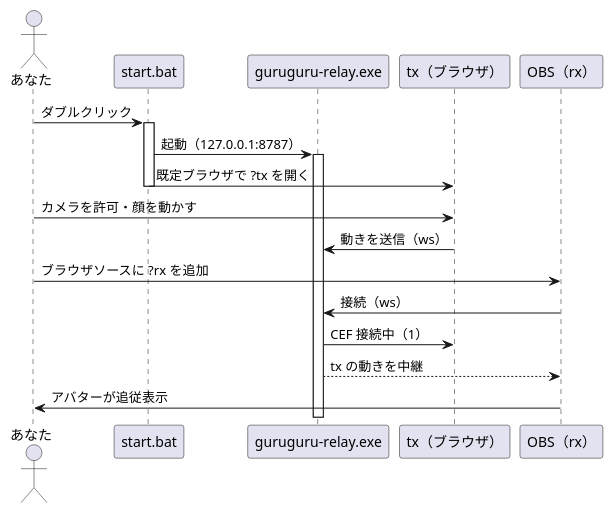
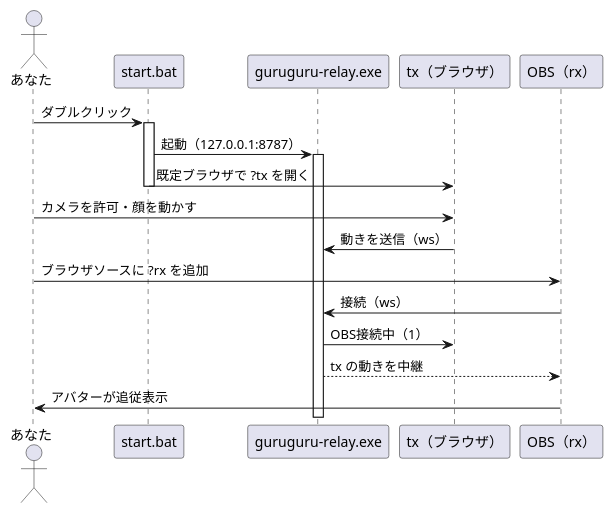
Before and after one commit to tommie-jp/tomari-guruguru: the second of 2 diagrams in docs-camera/12-OBSリレイサーバの使い方.md, drawn with PlantUML. The commit also changed other lines of this file and 29 other files, not shown here.

````diff
--- a/docs-camera/12-OBSリレイサーバの使い方.md
+++ b/docs-camera/12-OBSリレイサーバの使い方.md
@@ -43,24 +43,24 @@
 ```plantuml
 @startuml
 skinparam shadowing false
 actor あなた as U
 participant "start.bat" as BAT
 participant "guruguru-relay.exe" as RELAY
 participant "tx（ブラウザ）" as TX
 participant "OBS（rx）" as RX
 
 U -> BAT : ダブルクリック
 activate BAT
 BAT -> RELAY : 起動（127.0.0.1:8787）
 activate RELAY
 BAT -> TX : 既定ブラウザで ?tx を開く
 deactivate BAT
 U -> TX : カメラを許可・顔を動かす
 TX -> RELAY : 動きを送信（ws）
 U -> RX : ブラウザソースに ?rx を追加
 RX -> RELAY : 接続（ws）
-RELAY -> TX : CEF 接続中（1）
+RELAY -> TX : OBS接続中（1）
 RELAY --> RX : tx の動きを中継
 RX -> U : アバターが追従表示
 @enduml
 ```
````
